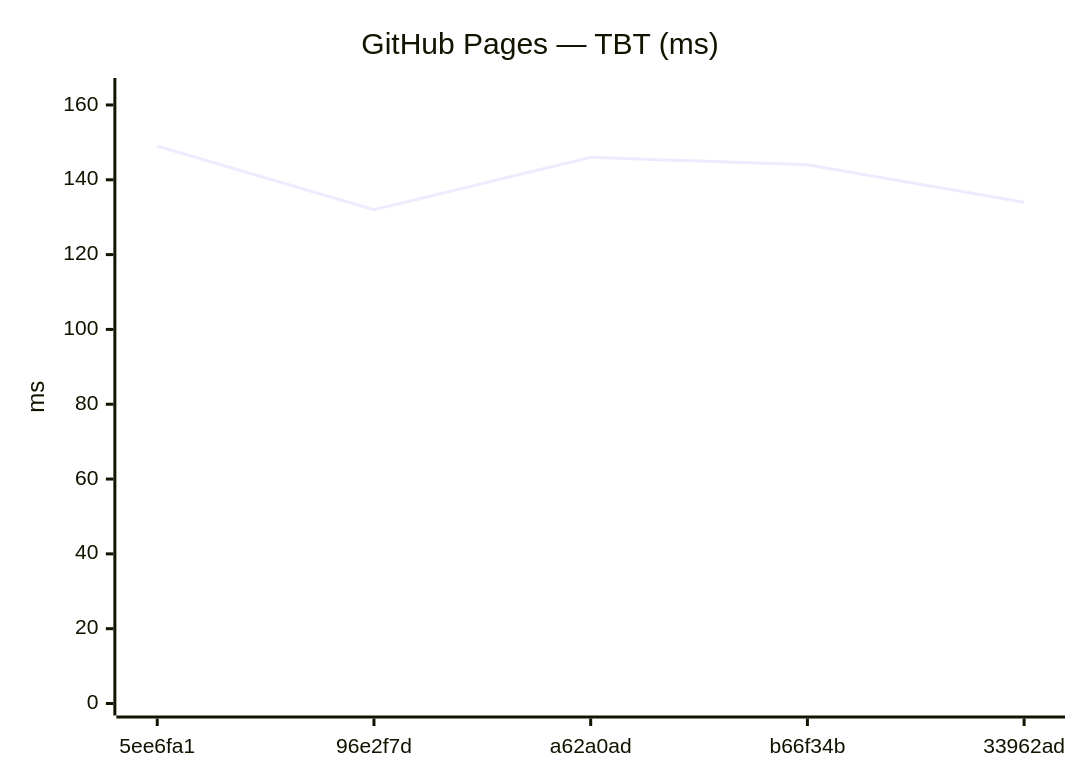
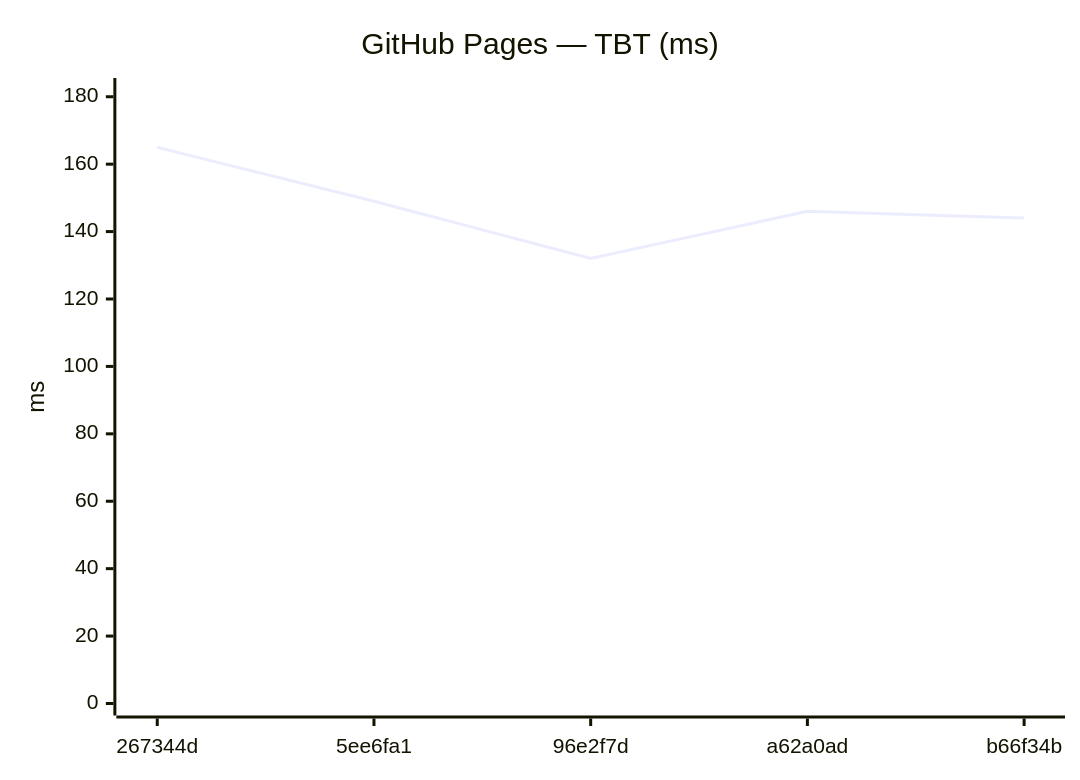
One commit to Metaheurist/Rianell changed the tenth of 18 diagrams in benchmarks/compare.md. Above: the diagram before and after it, drawn with Mermaid. The commit also changed other lines of this file and 11 other files, not shown here.

````diff
--- a/benchmarks/compare.md
+++ b/benchmarks/compare.md
@@ -149,7 +149,7 @@
 ```mermaid
 xychart-beta
     title "GitHub Pages — TBT (ms)"
-    x-axis ["5ee6fa1", "96e2f7d", "a62a0ad", "b66f34b", "33962ad"]
-    y-axis "ms" 0 --> 164
-    line [149, 132, 146, 144, 134]
+    x-axis ["267344d", "5ee6fa1", "96e2f7d", "a62a0ad", "b66f34b"]
+    y-axis "ms" 0 --> 182
+    line [165, 149, 132, 146, 144]
 ```
````
